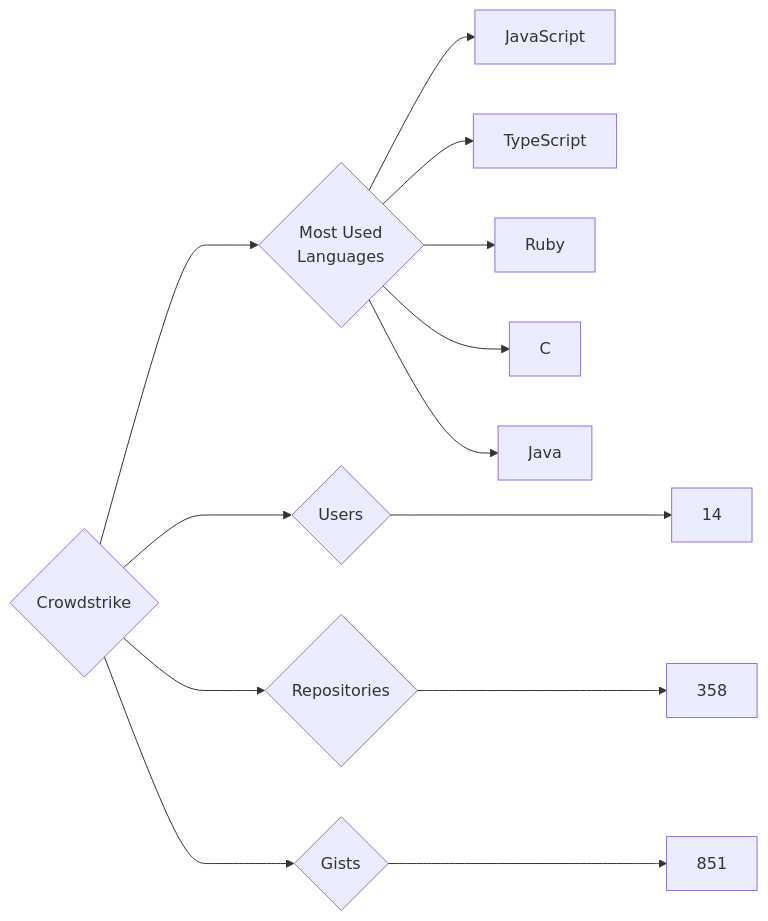
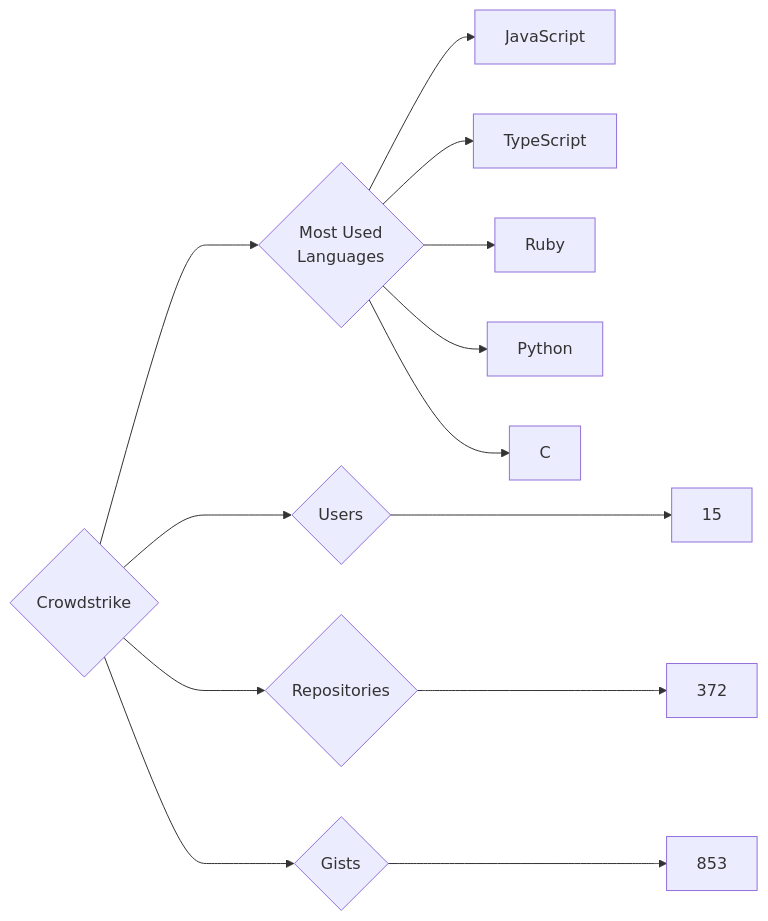
Before and after one commit to trickest/insiders: the diagram in targets/Crowdstrike/README.md, drawn with Mermaid. The commit also changed 745 other files, not shown here.

````diff
--- a/targets/Crowdstrike/README.md
+++ b/targets/Crowdstrike/README.md
@@ -3,13 +3,13 @@
 ```mermaid
 graph LR
 COMPANY_NAME{Crowdstrike}
-COMPANY_NAME ---> U{Users} ---> UN[14]
-COMPANY_NAME ---> R{Repositories} ---> RN[358]
-COMPANY_NAME ---> G{Gists} ---> GN[851]
+COMPANY_NAME ---> U{Users} ---> UN[15]
+COMPANY_NAME ---> R{Repositories} ---> RN[372]
+COMPANY_NAME ---> G{Gists} ---> GN[853]
 COMPANY_NAME ---> ML{Most Used<br>Languages}
 ML --> JavaScript[JavaScript]
 ML --> TypeScript[TypeScript]
 ML --> Ruby[Ruby]
+ML --> Python[Python]
 ML --> C[C]
-ML --> Java[Java]
 ```
````
